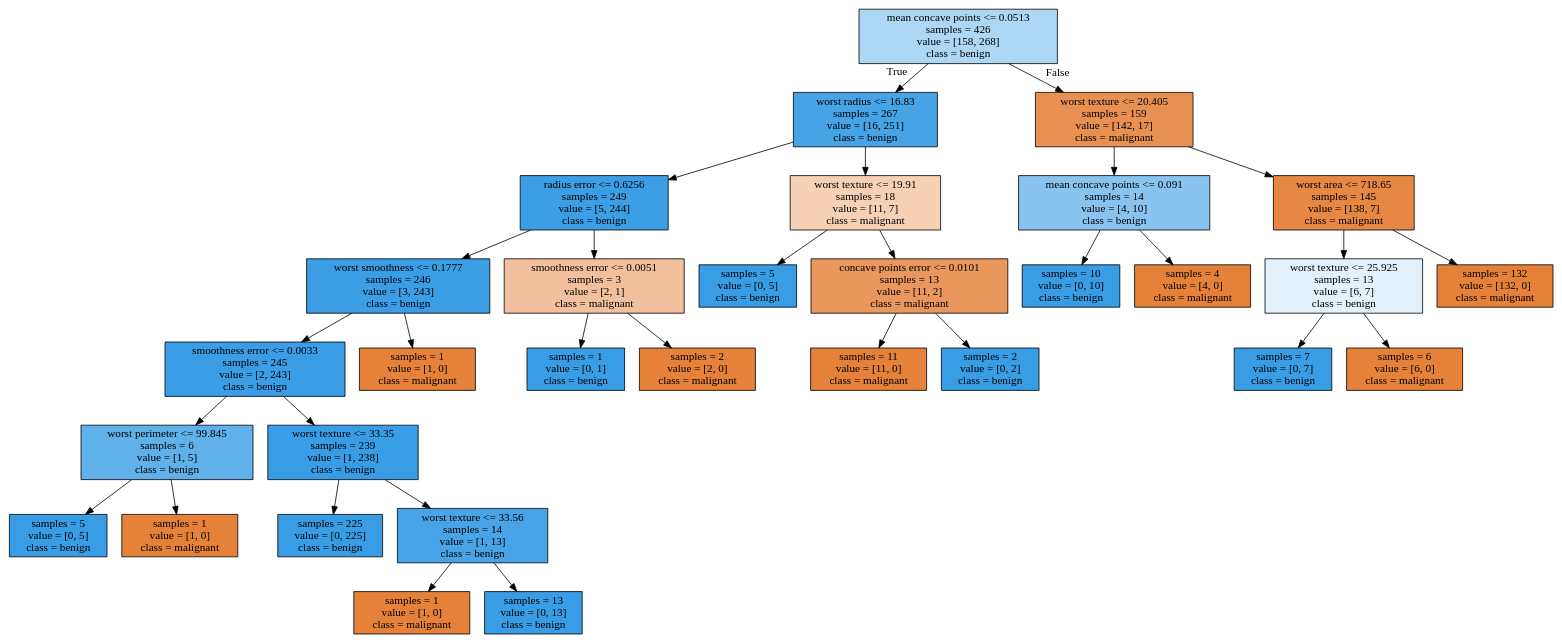
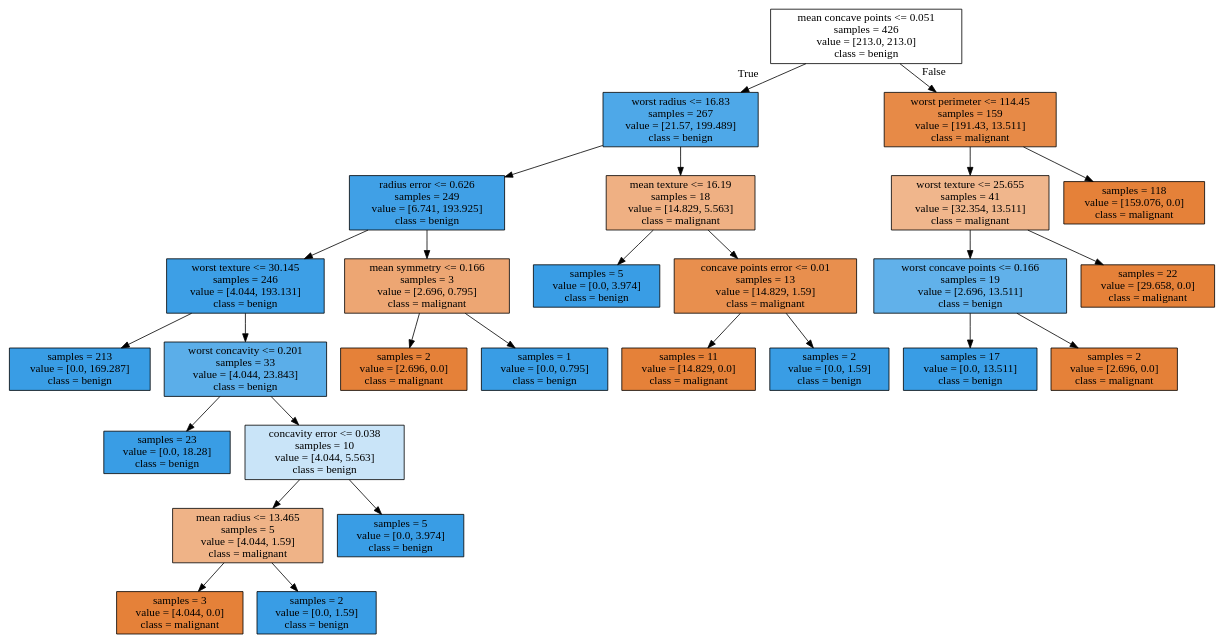
One commit to Elhamkesh/Breast-Cancer-Scikitlearn changed the diagram in cancerTree.dot. Above: the diagram before and after it, drawn with Graphviz. The commit also changed 2 other files, not shown here.

```diff
--- a/cancerTree.dot
+++ b/cancerTree.dot
@@ -1,64 +1,56 @@
 digraph Tree {
 node [shape=box, style="filled", color="black"] ;
-0 [label="mean concave points <= 0.0513\nsamples = 426\nvalue = [158, 268]\nclass = benign", fillcolor="#399de569"] ;
-1 [label="worst radius <= 16.83\nsamples = 267\nvalue = [16, 251]\nclass = benign", fillcolor="#399de5ef"] ;
+0 [label="mean concave points <= 0.051\nsamples = 426\nvalue = [213.0, 213.0]\nclass = benign", fillcolor="#ffffff"] ;
+1 [label="worst radius <= 16.83\nsamples = 267\nvalue = [21.57, 199.489]\nclass = benign", fillcolor="#4ea8e8"] ;
 0 -> 1 [labeldistance=2.5, labelangle=45, headlabel="True"] ;
-2 [label="radius error <= 0.6256\nsamples = 249\nvalue = [5, 244]\nclass = benign", fillcolor="#399de5fa"] ;
+2 [label="radius error <= 0.626\nsamples = 249\nvalue = [6.741, 193.925]\nclass = benign", fillcolor="#40a0e6"] ;
 1 -> 2 ;
-3 [label="worst smoothness <= 0.1777\nsamples = 246\nvalue = [3, 243]\nclass = benign", fillcolor="#399de5fc"] ;
+3 [label="worst texture <= 30.145\nsamples = 246\nvalue = [4.044, 193.131]\nclass = benign", fillcolor="#3d9fe6"] ;
 2 -> 3 ;
-4 [label="smoothness error <= 0.0033\nsamples = 245\nvalue = [2, 243]\nclass = benign", fillcolor="#399de5fd"] ;
+4 [label="samples = 213\nvalue = [0.0, 169.287]\nclass = benign", fillcolor="#399de5"] ;
 3 -> 4 ;
-5 [label="worst perimeter <= 99.845\nsamples = 6\nvalue = [1, 5]\nclass = benign", fillcolor="#399de5cc"] ;
-4 -> 5 ;
-6 [label="samples = 5\nvalue = [0, 5]\nclass = benign", fillcolor="#399de5ff"] ;
+5 [label="worst concavity <= 0.201\nsamples = 33\nvalue = [4.044, 23.843]\nclass = benign", fillcolor="#5baee9"] ;
+3 -> 5 ;
+6 [label="samples = 23\nvalue = [0.0, 18.28]\nclass = benign", fillcolor="#399de5"] ;
 5 -> 6 ;
-7 [label="samples = 1\nvalue = [1, 0]\nclass = malignant", fillcolor="#e58139ff"] ;
+7 [label="concavity error <= 0.038\nsamples = 10\nvalue = [4.044, 5.563]\nclass = benign", fillcolor="#c9e4f8"] ;
 5 -> 7 ;
-8 [label="worst texture <= 33.35\nsamples = 239\nvalue = [1, 238]\nclass = benign", fillcolor="#399de5fe"] ;
-4 -> 8 ;
-9 [label="samples = 225\nvalue = [0, 225]\nclass = benign", fillcolor="#399de5ff"] ;
+8 [label="mean radius <= 13.465\nsamples = 5\nvalue = [4.044, 1.59]\nclass = malignant", fillcolor="#efb387"] ;
+7 -> 8 ;
+9 [label="samples = 3\nvalue = [4.044, 0.0]\nclass = malignant", fillcolor="#e58139"] ;
 8 -> 9 ;
-10 [label="worst texture <= 33.56\nsamples = 14\nvalue = [1, 13]\nclass = benign", fillcolor="#399de5eb"] ;
+10 [label="samples = 2\nvalue = [0.0, 1.59]\nclass = benign", fillcolor="#399de5"] ;
 8 -> 10 ;
-11 [label="samples = 1\nvalue = [1, 0]\nclass = malignant", fillcolor="#e58139ff"] ;
-10 -> 11 ;
-12 [label="samples = 13\nvalue = [0, 13]\nclass = benign", fillcolor="#399de5ff"] ;
-10 -> 12 ;
-13 [label="samples = 1\nvalue = [1, 0]\nclass = malignant", fillcolor="#e58139ff"] ;
-3 -> 13 ;
-14 [label="smoothness error <= 0.0051\nsamples = 3\nvalue = [2, 1]\nclass = malignant", fillcolor="#e581397f"] ;
-2 -> 14 ;
-15 [label="samples = 1\nvalue = [0, 1]\nclass = benign", fillcolor="#399de5ff"] ;
-14 -> 15 ;
-16 [label="samples = 2\nvalue = [2, 0]\nclass = malignant", fillcolor="#e58139ff"] ;
-14 -> 16 ;
-17 [label="worst texture <= 19.91\nsamples = 18\nvalue = [11, 7]\nclass = malignant", fillcolor="#e581395d"] ;
-1 -> 17 ;
-18 [label="samples = 5\nvalue = [0, 5]\nclass = benign", fillcolor="#399de5ff"] ;
+11 [label="samples = 5\nvalue = [0.0, 3.974]\nclass = benign", fillcolor="#399de5"] ;
+7 -> 11 ;
+12 [label="mean symmetry <= 0.166\nsamples = 3\nvalue = [2.696, 0.795]\nclass = malignant", fillcolor="#eda673"] ;
+2 -> 12 ;
+13 [label="samples = 2\nvalue = [2.696, 0.0]\nclass = malignant", fillcolor="#e58139"] ;
+12 -> 13 ;
+14 [label="samples = 1\nvalue = [0.0, 0.795]\nclass = benign", fillcolor="#399de5"] ;
+12 -> 14 ;
+15 [label="mean texture <= 16.19\nsamples = 18\nvalue = [14.829, 5.563]\nclass = malignant", fillcolor="#efb083"] ;
+1 -> 15 ;
+16 [label="samples = 5\nvalue = [0.0, 3.974]\nclass = benign", fillcolor="#399de5"] ;
+15 -> 16 ;
+17 [label="concave points error <= 0.01\nsamples = 13\nvalue = [14.829, 1.59]\nclass = malignant", fillcolor="#e88f4e"] ;
+15 -> 17 ;
+18 [label="samples = 11\nvalue = [14.829, 0.0]\nclass = malignant", fillcolor="#e58139"] ;
 17 -> 18 ;
-19 [label="concave points error <= 0.0101\nsamples = 13\nvalue = [11, 2]\nclass = malignant", fillcolor="#e58139d1"] ;
+19 [label="samples = 2\nvalue = [0.0, 1.59]\nclass = benign", fillcolor="#399de5"] ;
 17 -> 19 ;
-20 [label="samples = 11\nvalue = [11, 0]\nclass = malignant", fillcolor="#e58139ff"] ;
-19 -> 20 ;
-21 [label="samples = 2\nvalue = [0, 2]\nclass = benign", fillcolor="#399de5ff"] ;
-19 -> 21 ;
-22 [label="worst texture <= 20.405\nsamples = 159\nvalue = [142, 17]\nclass = malignant", fillcolor="#e58139e0"] ;
-0 -> 22 [labeldistance=2.5, labelangle=-45, headlabel="False"] ;
-23 [label="mean concave points <= 0.091\nsamples = 14\nvalue = [4, 10]\nclass = benign", fillcolor="#399de599"] ;
+20 [label="worst perimeter <= 114.45\nsamples = 159\nvalue = [191.43, 13.511]\nclass = malignant", fillcolor="#e78a47"] ;
+0 -> 20 [labeldistance=2.5, labelangle=-45, headlabel="False"] ;
+21 [label="worst texture <= 25.655\nsamples = 41\nvalue = [32.354, 13.511]\nclass = malignant", fillcolor="#f0b68c"] ;
+20 -> 21 ;
+22 [label="worst concave points <= 0.166\nsamples = 19\nvalue = [2.696, 13.511]\nclass = benign", fillcolor="#61b1ea"] ;
+21 -> 22 ;
+23 [label="samples = 17\nvalue = [0.0, 13.511]\nclass = benign", fillcolor="#399de5"] ;
 22 -> 23 ;
-24 [label="samples = 10\nvalue = [0, 10]\nclass = benign", fillcolor="#399de5ff"] ;
-23 -> 24 ;
-25 [label="samples = 4\nvalue = [4, 0]\nclass = malignant", fillcolor="#e58139ff"] ;
-23 -> 25 ;
-26 [label="worst area <= 718.65\nsamples = 145\nvalue = [138, 7]\nclass = malignant", fillcolor="#e58139f2"] ;
-22 -> 26 ;
-27 [label="worst texture <= 25.925\nsamples = 13\nvalue = [6, 7]\nclass = benign", fillcolor="#399de524"] ;
-26 -> 27 ;
-28 [label="samples = 7\nvalue = [0, 7]\nclass = benign", fillcolor="#399de5ff"] ;
-27 -> 28 ;
-29 [label="samples = 6\nvalue = [6, 0]\nclass = malignant", fillcolor="#e58139ff"] ;
-27 -> 29 ;
-30 [label="samples = 132\nvalue = [132, 0]\nclass = malignant", fillcolor="#e58139ff"] ;
-26 -> 30 ;
+24 [label="samples = 2\nvalue = [2.696, 0.0]\nclass = malignant", fillcolor="#e58139"] ;
+22 -> 24 ;
+25 [label="samples = 22\nvalue = [29.658, 0.0]\nclass = malignant", fillcolor="#e58139"] ;
+21 -> 25 ;
+26 [label="samples = 118\nvalue = [159.076, 0.0]\nclass = malignant", fillcolor="#e58139"] ;
+20 -> 26 ;
 }
```
